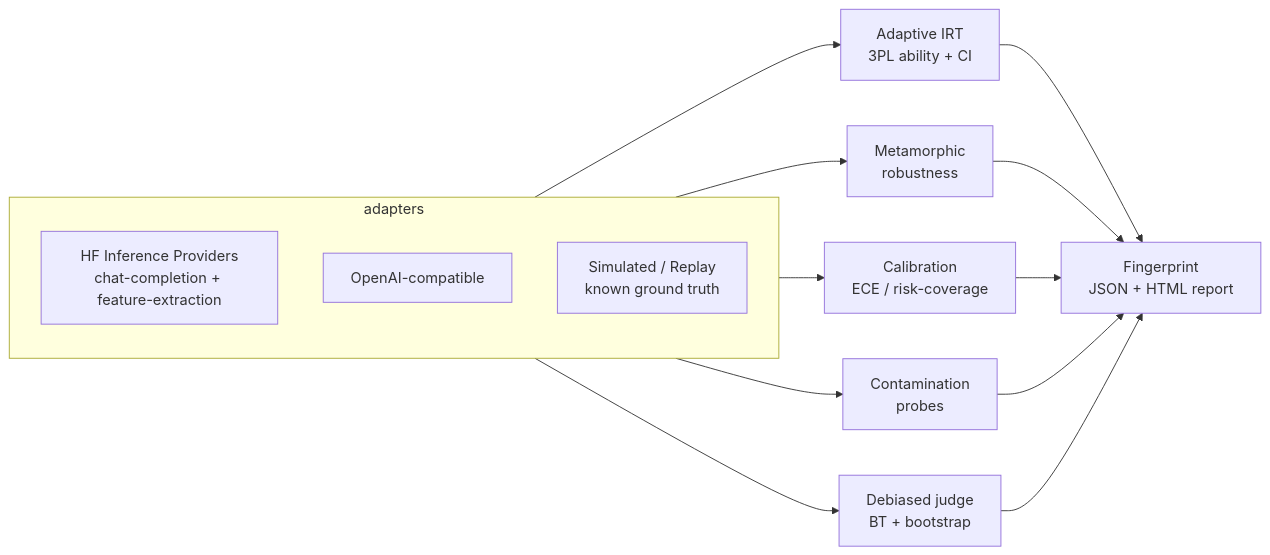
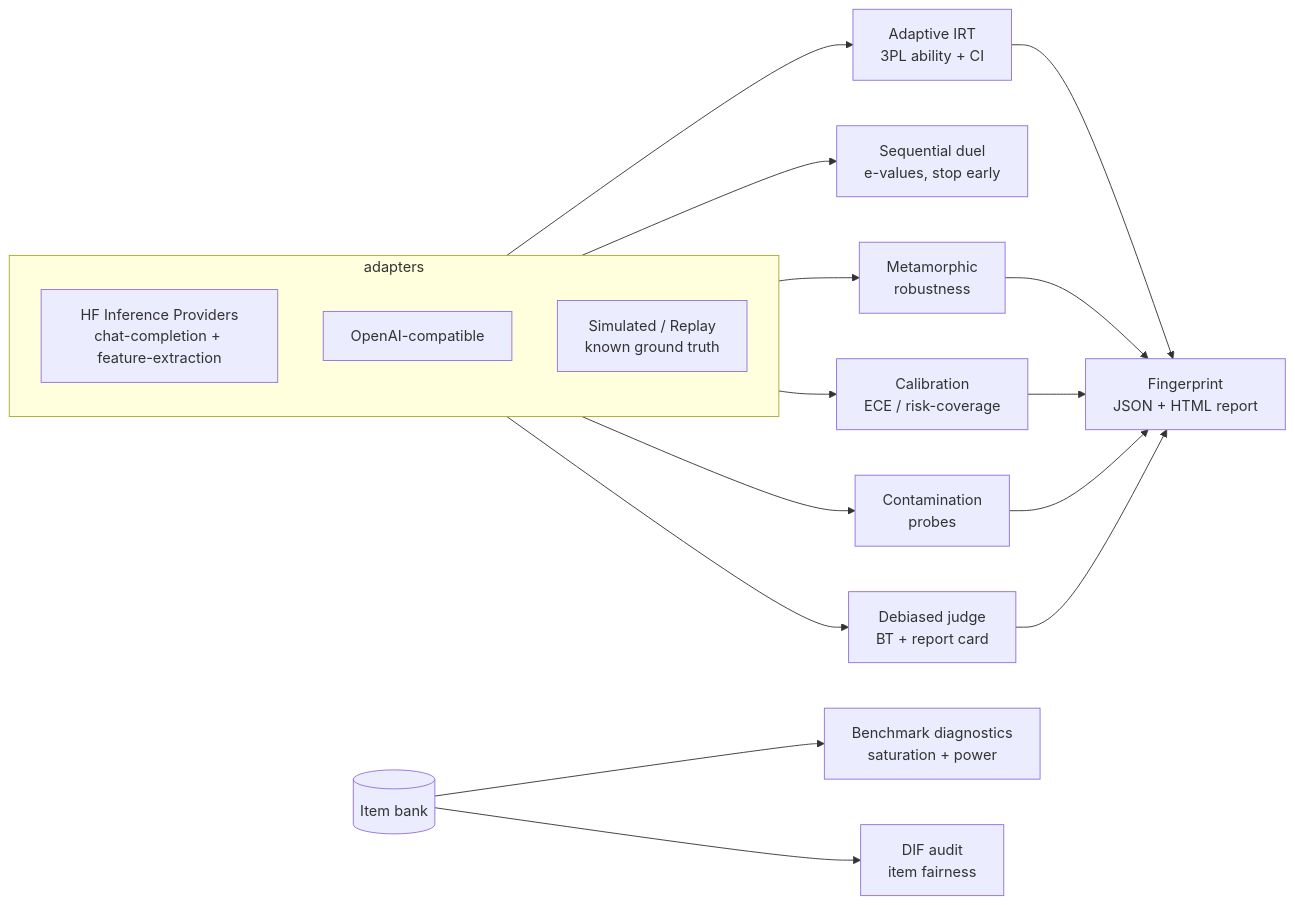
Before and after one commit to aabhimittal/LLM-evaluation: the diagram in README.md, drawn with Mermaid. The commit also changed other lines of this file and 14 other files, not shown here.

First line of the commit message:
Add sequential duels, DIF auditing, benchmark diagnostics, judge report card

````diff
--- a/README.md
+++ b/README.md
@@ -87,18 +98,21 @@
 ```mermaid
 flowchart LR
     subgraph adapters
         HF[HF Inference Providers\nchat-completion + feature-extraction]
         OAI[OpenAI-compatible]
         SIM[Simulated / Replay\nknown ground truth]
     end
     adapters --> IRT[Adaptive IRT\n3PL ability + CI]
+    adapters --> SEQ[Sequential duel\ne-values, stop early]
     adapters --> ROB[Metamorphic\nrobustness]
     adapters --> CAL[Calibration\nECE / risk-coverage]
     adapters --> CON[Contamination\nprobes]
-    adapters --> JUD[Debiased judge\nBT + bootstrap]
+    adapters --> JUD[Debiased judge\nBT + report card]
     IRT --> FP[Fingerprint\nJSON + HTML report]
     ROB --> FP
     CAL --> FP
     CON --> FP
     JUD --> FP
+    BANK[(Item bank)] --> DIAG[Benchmark diagnostics\nsaturation + power]
+    BANK --> DIF[DIF audit\nitem fairness]
 ```
````
